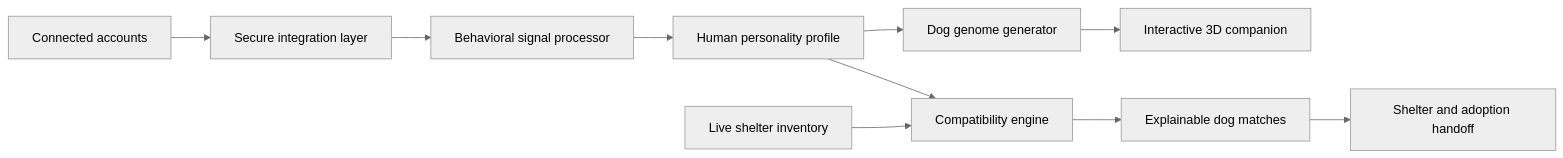
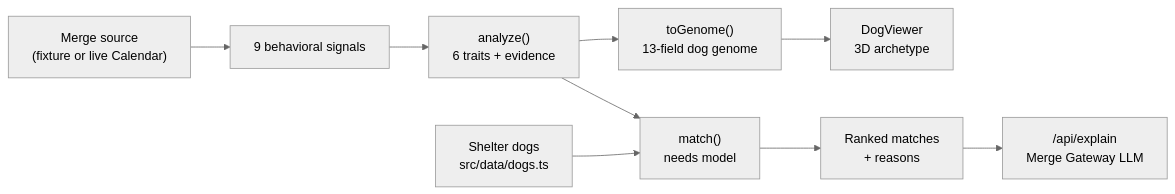
The diagram in README.md (unio207/dog_matcher), drawn with Mermaid (neutral theme) before and after one commit. The commit also changed other lines of this file and 3 other files, not shown here.

````diff
--- a/README.md
+++ b/README.md
@@ -136,13 +57,11 @@
 ```mermaid
 flowchart LR
-    A["Connected accounts"] --> B["Secure integration layer"]
-    B --> C["Behavioral signal processor"]
-    C --> D["Human personality profile"]
-    D --> E["Dog genome generator"]
-    E --> F["Interactive 3D companion"]
-
-    D --> G["Compatibility engine"]
-    H["Live shelter inventory"] --> G
-    G --> I["Explainable dog matches"]
-    I --> J["Shelter and adoption handoff"]
+    A["Merge source<br/>(fixture or live Calendar)"] --> B["9 behavioral signals"]
+    B --> C["analyze()<br/>6 traits + evidence"]
+    C --> D["toGenome()<br/>13-field dog genome"]
+    D --> E["DogViewer<br/>3D archetype"]
+    C --> F["match()<br/>needs model"]
+    G["Shelter dogs<br/>src/data/dogs.ts"] --> F
+    F --> H["Ranked matches<br/>+ reasons"]
+    H --> I["/api/explain<br/>Merge Gateway LLM"]
 ```
````
